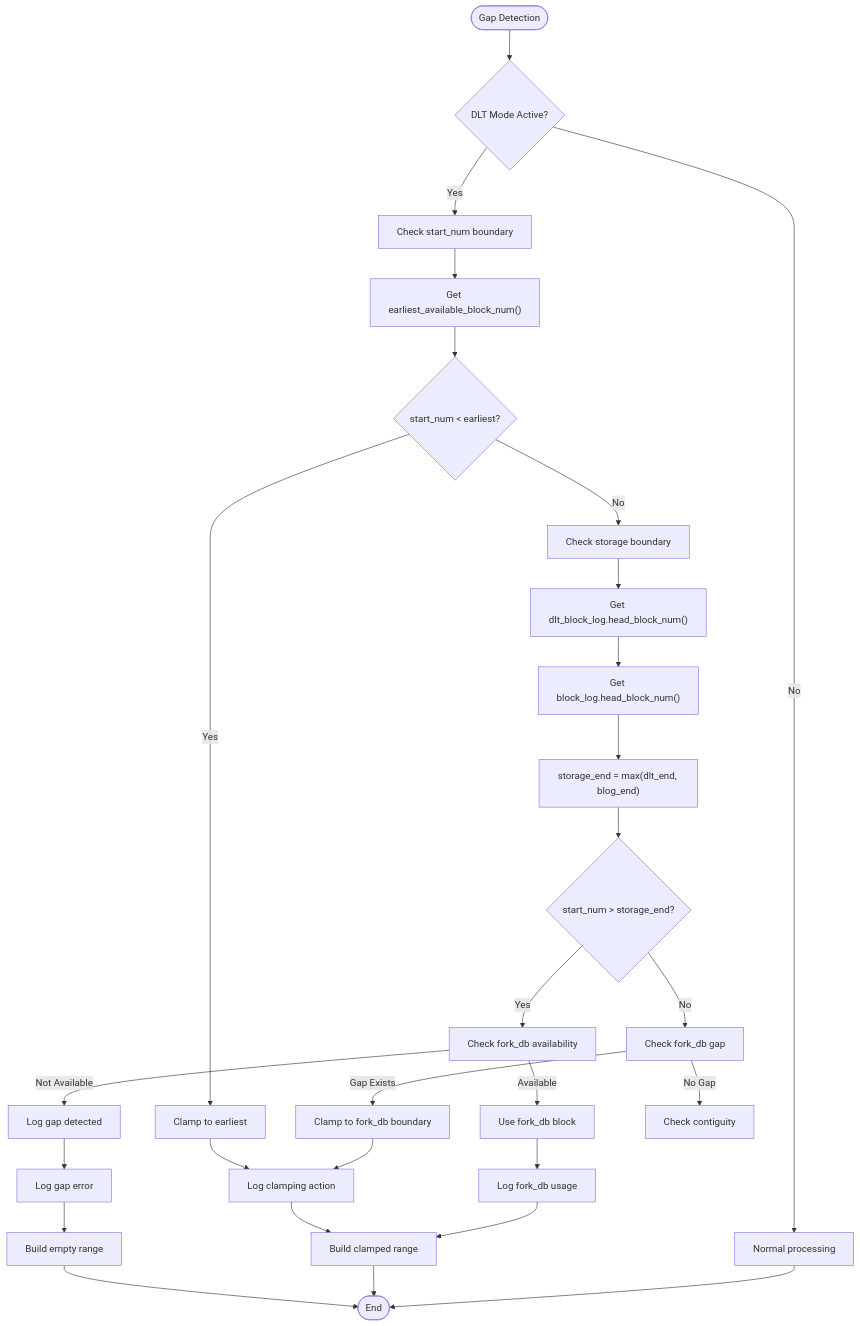
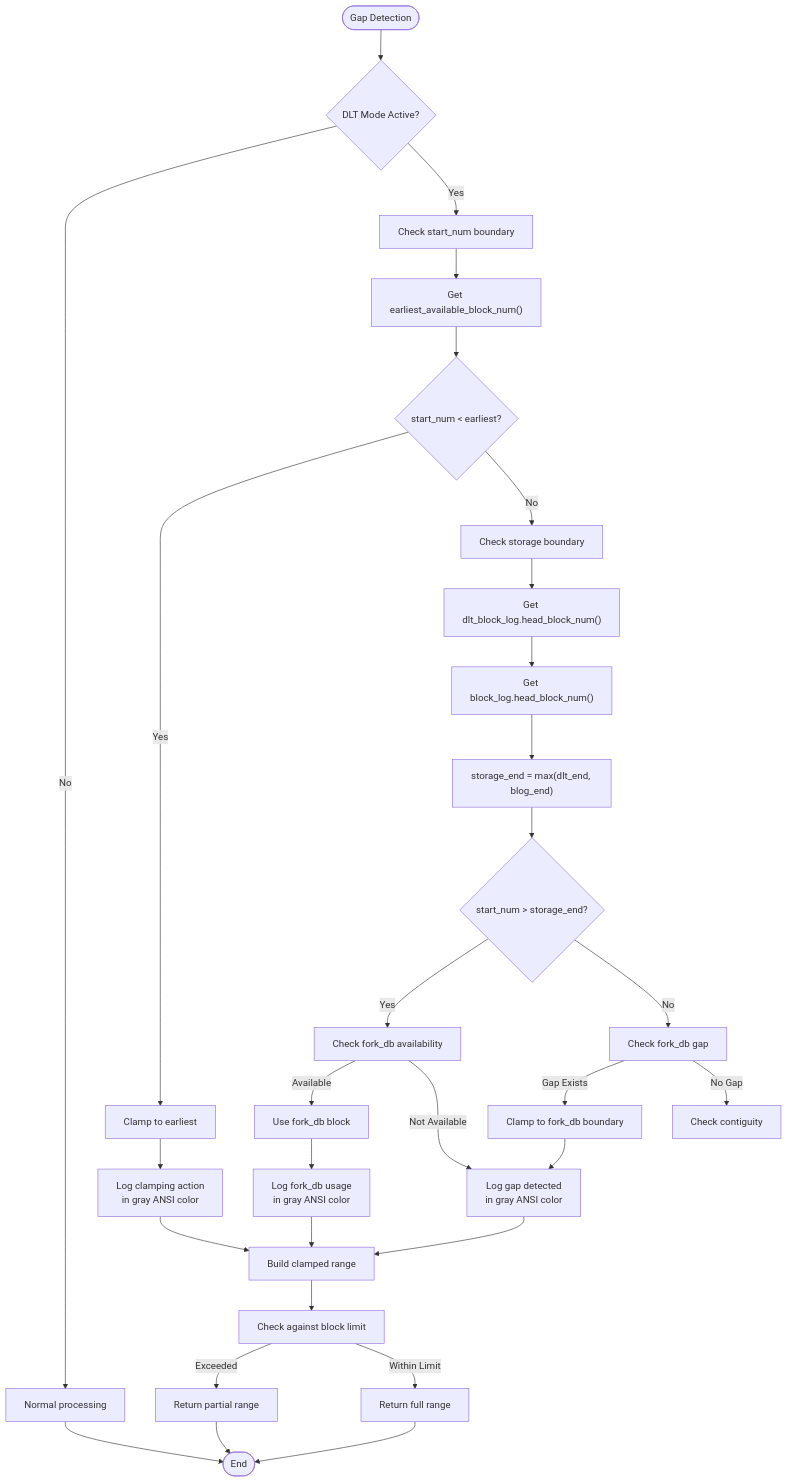
One commit to VIZ-Blockchain/viz-cpp-node changed diagram 12 of 36 in .qoder/repowiki/en/content/P2p Plugin.md. Above: the diagram before and after it, drawn with Mermaid. The commit also changed other lines of this file and 3 other files, not shown here.

````diff
--- a/.qoder/repowiki/en/content/P2p Plugin.md
+++ b/.qoder/repowiki/en/content/P2p Plugin.md
@@ -558,30 +571,32 @@
 ```mermaid
 flowchart TD
 Start([Gap Detection]) --> CheckDLTMode{"DLT Mode Active?"}
 CheckDLTMode --> |No| NormalProcessing["Normal processing"]
 CheckDLTMode --> |Yes| CheckStartBoundary["Check start_num boundary"]
 CheckStartBoundary --> GetEarliest["Get earliest_available_block_num()"]
 GetEarliest --> CheckBelowEarliest{"start_num < earliest?"}
 CheckBelowEarliest --> |Yes| ClampToEarliest["Clamp to earliest"]
 CheckBelowEarliest --> |No| CheckStorageBoundary["Check storage boundary"]
 CheckStorageBoundary --> GetDLTEnd["Get dlt_block_log.head_block_num()"]
 GetDLTEnd --> GetBlogEnd["Get block_log.head_block_num()"]
 GetBlogEnd --> GetStorageEnd["storage_end = max(dlt_end, blog_end)"]
 GetStorageEnd --> CheckBeyondStorage{"start_num > storage_end?"}
 CheckBeyondStorage --> |Yes| CheckForkDB["Check fork_db availability"]
 CheckBeyondStorage --> |No| CheckForkDBGap["Check fork_db gap"]
 CheckForkDB --> |Available| UseForkDB["Use fork_db block"]
-CheckForkDB --> |Not Available| LogGap["Log gap detected"]
+CheckForkDB --> |Not Available| LogGap["Log gap detected<br/>in gray ANSI color"]
 CheckForkDBGap --> |Gap Exists| ClampToForkDB["Clamp to fork_db boundary"]
 CheckForkDBGap --> |No Gap| CheckContiguous["Check contiguity"]
-ClampToEarliest --> LogClamp["Log clamping action"]
-ClampToForkDB --> LogClamp
-UseForkDB --> LogForkDB["Log fork_db usage"]
-LogGap --> LogError["Log gap error"]
+ClampToEarliest --> LogClamp["Log clamping action<br/>in gray ANSI color"]
+ClampToForkDB --> LogGap
+UseForkDB --> LogForkDB["Log fork_db usage<br/>in gray ANSI color"]
 LogClamp --> BuildRange["Build clamped range"]
+LogGap --> BuildRange
 LogForkDB --> BuildRange
-LogError --> BuildEmpty["Build empty range"]
-BuildEmpty --> End([End])
-BuildRange --> End
+BuildRange --> CheckLimit["Check against block limit"]
+CheckLimit --> |Exceeded| ReturnPartial["Return partial range"]
+CheckLimit --> |Within Limit| ReturnFull["Return full range"]
+ReturnPartial --> End([End])
+ReturnFull --> End
 NormalProcessing --> End
 ```
````
